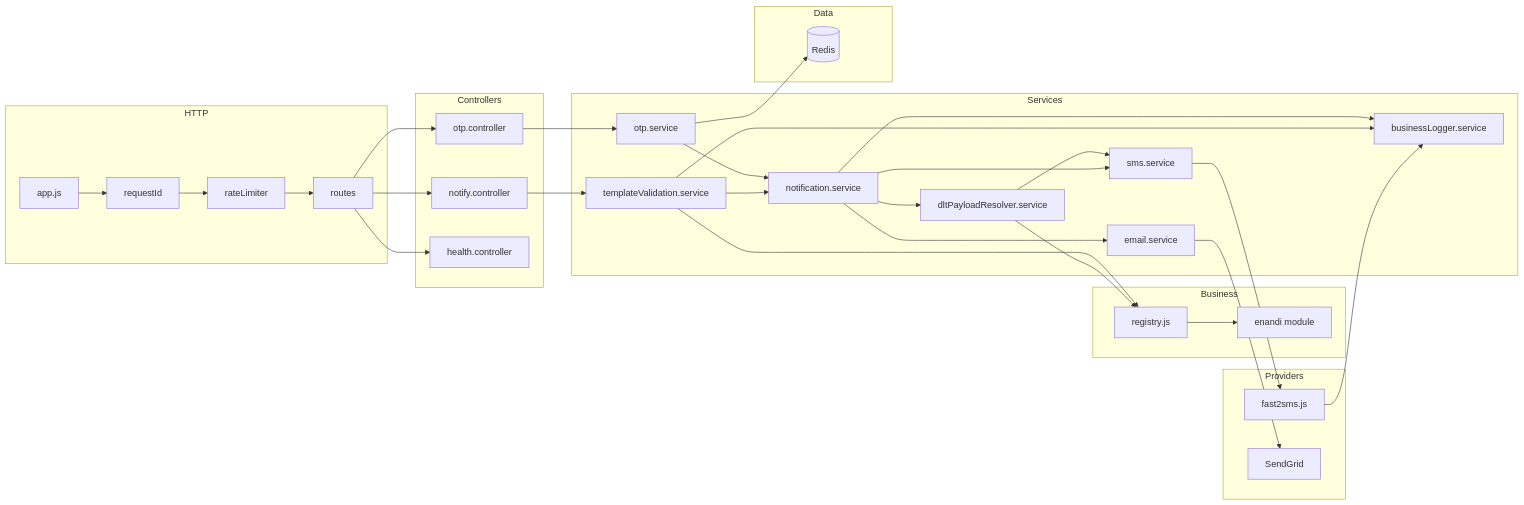
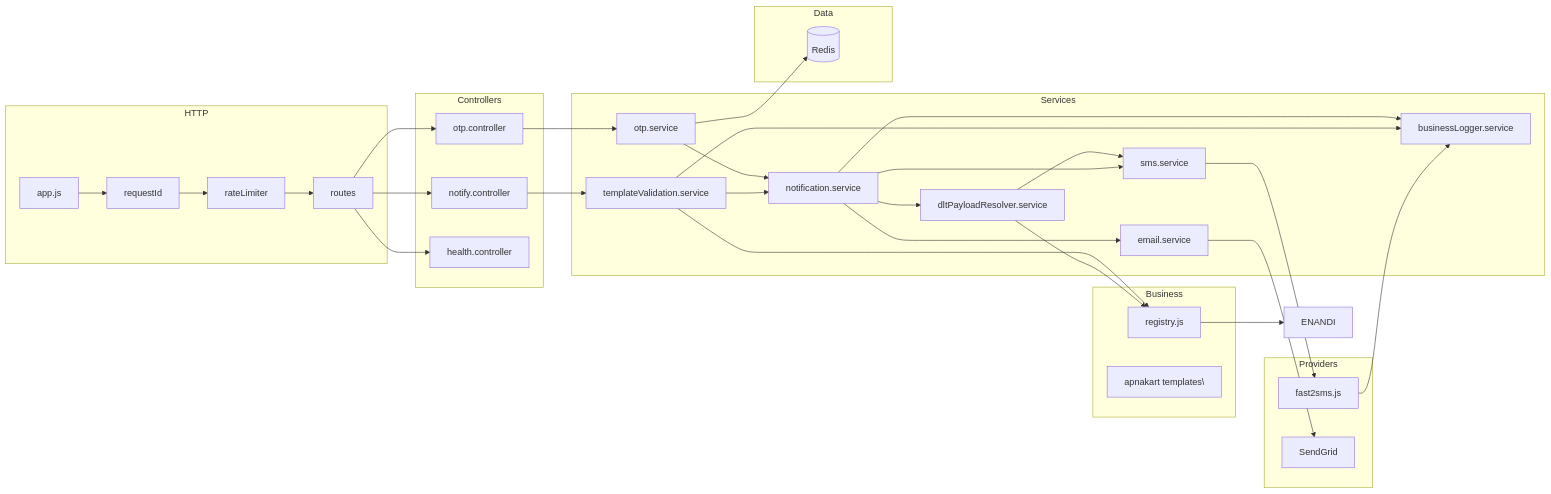
Before and after one commit to elva-tech/notify-service: the first of 2 diagrams in docs/architecture/overview.md, drawn with Mermaid. The commit also changed other lines of this file and 93 other files, not shown here.

Commit message:
modified onboarding flow

````diff
--- a/docs/architecture/overview.md
+++ b/docs/architecture/overview.md
@@ -27,55 +27,55 @@
 ```mermaid
 flowchart LR
     subgraph HTTP
         APP[app.js]
         RID[requestId]
         RL[rateLimiter]
         ROUTES[routes]
     end
 
     subgraph Controllers
         OTP_C[otp.controller]
         NOTIFY_C[notify.controller]
         HEALTH_C[health.controller]
     end
 
     subgraph Services
         OTP_S[otp.service]
         NOTIF_S[notification.service]
         TV_S[templateValidation.service]
         DLT_S[dltPayloadResolver.service]
         SMS_S[sms.service]
         EMAIL_S[email.service]
         LOG_S[businessLogger.service]
     end
 
     subgraph Business
         REG[registry.js]
-        ENANDI[enandi module]
+        APNAKART\[apnakart templates\]
     end
 
     subgraph Providers
         F2S[fast2sms.js]
         SG[SendGrid]
     end
 
     subgraph Data
         REDIS[(Redis)]
     end
 
     APP --> RID --> RL --> ROUTES
     ROUTES --> OTP_C
     ROUTES --> NOTIFY_C
     ROUTES --> HEALTH_C
     OTP_C --> OTP_S --> NOTIF_S
     NOTIFY_C --> TV_S --> NOTIF_S
     NOTIF_S --> DLT_S --> SMS_S --> F2S
     NOTIF_S --> SMS_S
     NOTIF_S --> EMAIL_S --> SG
     TV_S --> REG --> ENANDI
     DLT_S --> REG
     OTP_S --> REDIS
     NOTIF_S --> LOG_S
     TV_S --> LOG_S
     F2S --> LOG_S
 ```
````
